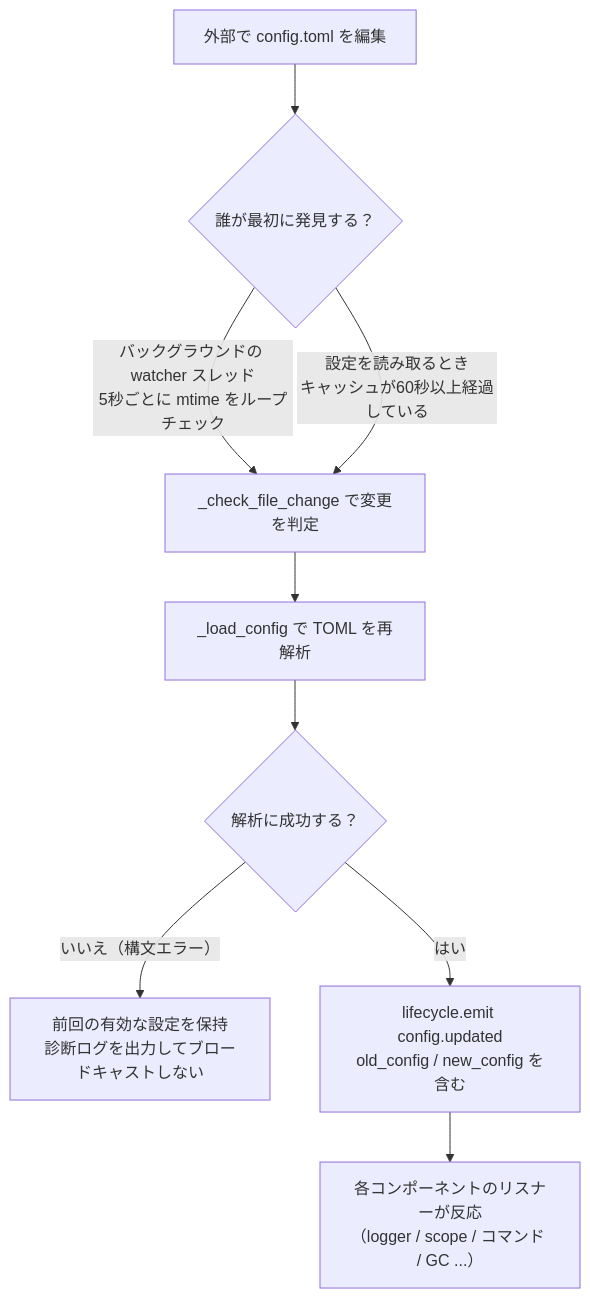
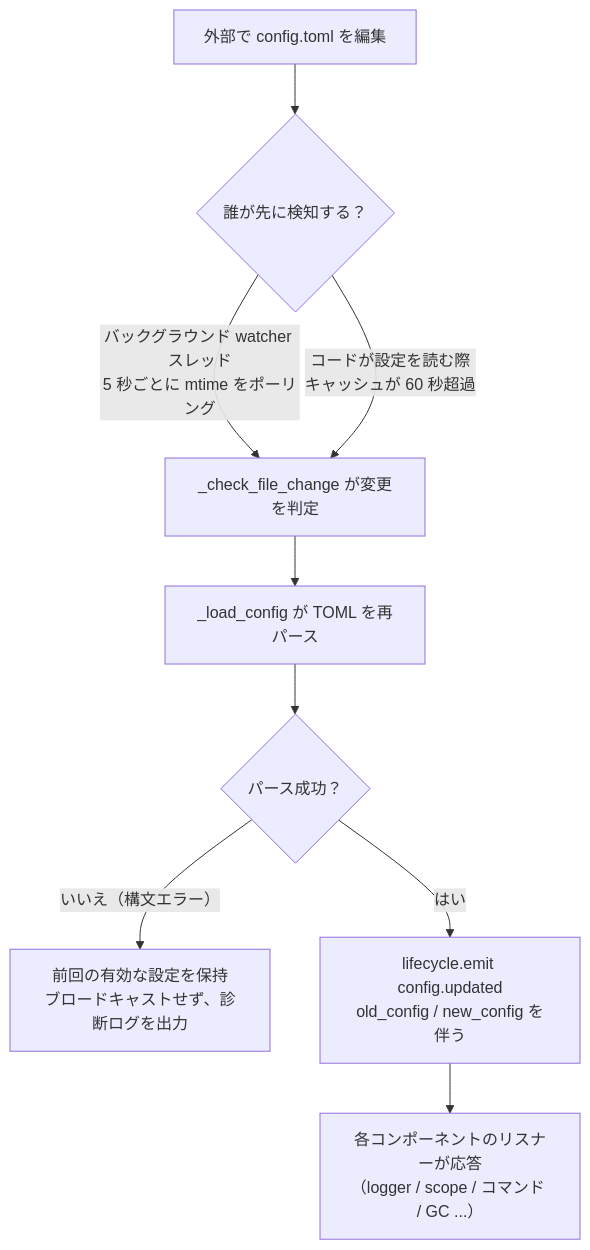
The diagram in docs/ja/user-guide/configuration.md (ErisPulse/ErisPulse), drawn with Mermaid before and after one commit. The commit also changed other lines of this file and 153 other files, not shown here.

````diff
--- a/docs/ja/user-guide/configuration.md
+++ b/docs/ja/user-guide/configuration.md
@@ -144,11 +147,11 @@
 ```mermaid
 flowchart TD
-    A["外部で config.toml を編集"] --> B{"誰が最初に発見する？"}
-    B -->|"バックグラウンドの watcher スレッド<br/>5秒ごとに mtime をループチェック"| C["_check_file_change で変更を判定"]
-    B -->|"設定を読み取るとき<br/>キャッシュが60秒以上経過している"| C
-    C --> D["_load_config で TOML を再解析"]
-    D --> E{"解析に成功する？"}
-    E -->|"いいえ（構文エラー）"| F["前回の有効な設定を保持<br/>診断ログを出力してブロードキャストしない"]
-    E -->|"はい"| G["lifecycle.emit config.updated<br/>old_config / new_config を含む"]
-    G --> H["各コンポーネントのリスナーが反応<br/>（logger / scope / コマンド / GC ...）"]
+    A["外部で config.toml を編集"] --> B{"誰が先に検知する？"}
+    B -->|"バックグラウンド watcher スレッド<br/>5 秒ごとに mtime をポーリング"| C["_check_file_change が変更を判定"]
+    B -->|"コードが設定を読む際<br/>キャッシュが 60 秒超過"| C
+    C --> D["_load_config が TOML を再パース"]
+    D --> E{"パース成功？"}
+    E -->|"いいえ（構文エラー）"| F["前回の有効な設定を保持<br/>ブロードキャストせず、診断ログを出力"]
+    E -->|"はい"| G["lifecycle.emit config.updated<br/>old_config / new_config を伴う"]
+    G --> H["各コンポーネントのリスナーが応答<br/>（logger / scope / コマンド / GC ...）"]
 ```
````
